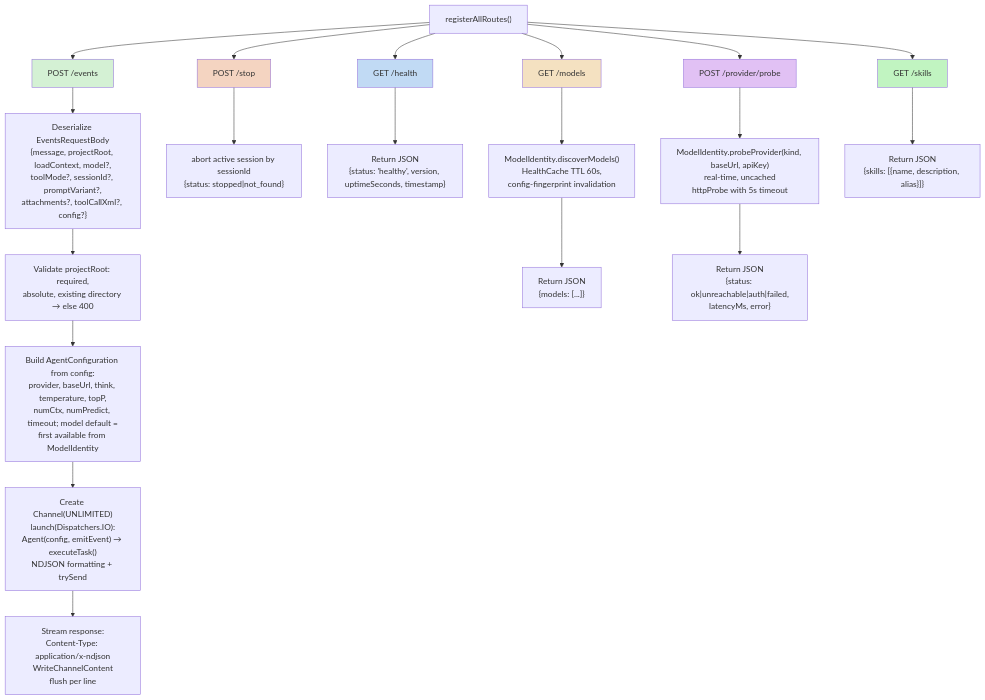
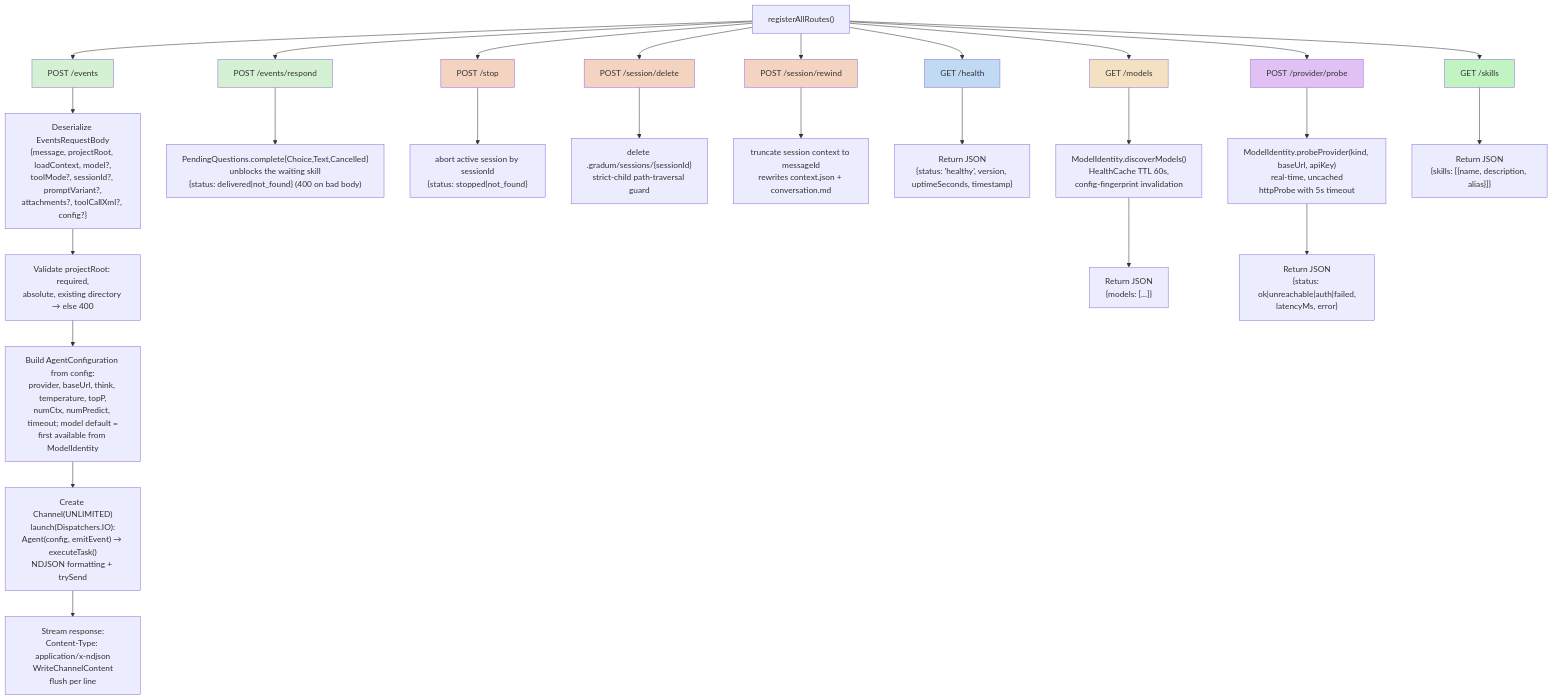
Diagram 11 of 30 in docs/ARCHITECTURE.md (lg841226/Gradum), drawn with Mermaid before and after one commit. The commit also changed other lines of this file and 9 other files, not shown here.

Commit message:
docs: overhaul ARCHITECTURE/PLUGIN_FEATURES, tidy code and env doctor output

````diff
--- a/docs/ARCHITECTURE.md
+++ b/docs/ARCHITECTURE.md
@@ -844,27 +883,36 @@
 ```mermaid
 flowchart TD
     R["registerAllRoutes()"] --> POST[POST /events]
+    R --> RESP[POST /events/respond]
     R --> PS[POST /stop]
+    R --> SD[POST /session/delete]
+    R --> SR[POST /session/rewind]
     R --> GH[GET /health]
     R --> GM[GET /models]
     R --> PP[POST /provider/probe]
     R --> GS[GET /skills]
     POST --> P1["Deserialize EventsRequestBody<br/>{message, projectRoot, loadContext, model?,<br/>toolMode?, sessionId?, promptVariant?,<br/>attachments?, toolCallXml?, config?}"]
     P1 --> P2["Validate projectRoot: required,<br/>absolute, existing directory → else 400"]
     P2 --> P3["Build AgentConfiguration from config:<br/>provider, baseUrl, think, temperature, topP,<br/>numCtx, numPredict, timeout; model default =<br/>first available from ModelIdentity"]
     P3 --> P4["Create Channel(UNLIMITED)<br/>launch(Dispatchers.IO):<br/>Agent(config, emitEvent) → executeTask()<br/>NDJSON formatting + trySend"]
     P4 --> P5["Stream response:<br/>Content-Type: application/x-ndjson<br/>WriteChannelContent<br/>flush per line"]
+    RESP --> RP1["PendingQuestions.complete{Choice,Text,Cancelled}<br/>unblocks the waiting skill<br/>{status: delivered|not_found} (400 on bad body)"]
     PS --> S1["abort active session by sessionId<br/>{status: stopped|not_found}"]
+    SD --> SD1["delete .gradum/sessions/{sessionId}<br/>strict-child path-traversal guard"]
+    SR --> SR1["truncate session context to messageId<br/>rewrites context.json + conversation.md"]
     GH --> H1["Return JSON<br/>{status: 'healthy', version, uptimeSeconds, timestamp}"]
     GM --> M1["ModelIdentity.discoverModels()<br/>HealthCache TTL 60s,<br/>config-fingerprint invalidation"]
     M1 --> M2["Return JSON<br/>{models: [...]}"]
     PP --> P6["ModelIdentity.probeProvider(kind, baseUrl, apiKey)<br/>real-time, uncached<br/>httpProbe with 5s timeout"]
     P6 --> P7["Return JSON<br/>{status: ok|unreachable|auth|failed,<br/>latencyMs, error}"]
     GS --> S2["Return JSON<br/>{skills: [{name, description, alias}]}"]
     style POST fill: #d4f1d4
+    style RESP fill: #d4f1d4
     style PS fill: #f4d4c1
+    style SD fill: #f4d4c1
+    style SR fill: #f4d4c1
     style GH fill: #c1daf4
     style GM fill: #f4e1c1
     style PP fill: #e1c1f4
     style GS fill: #c1f4c1
 ```
````
